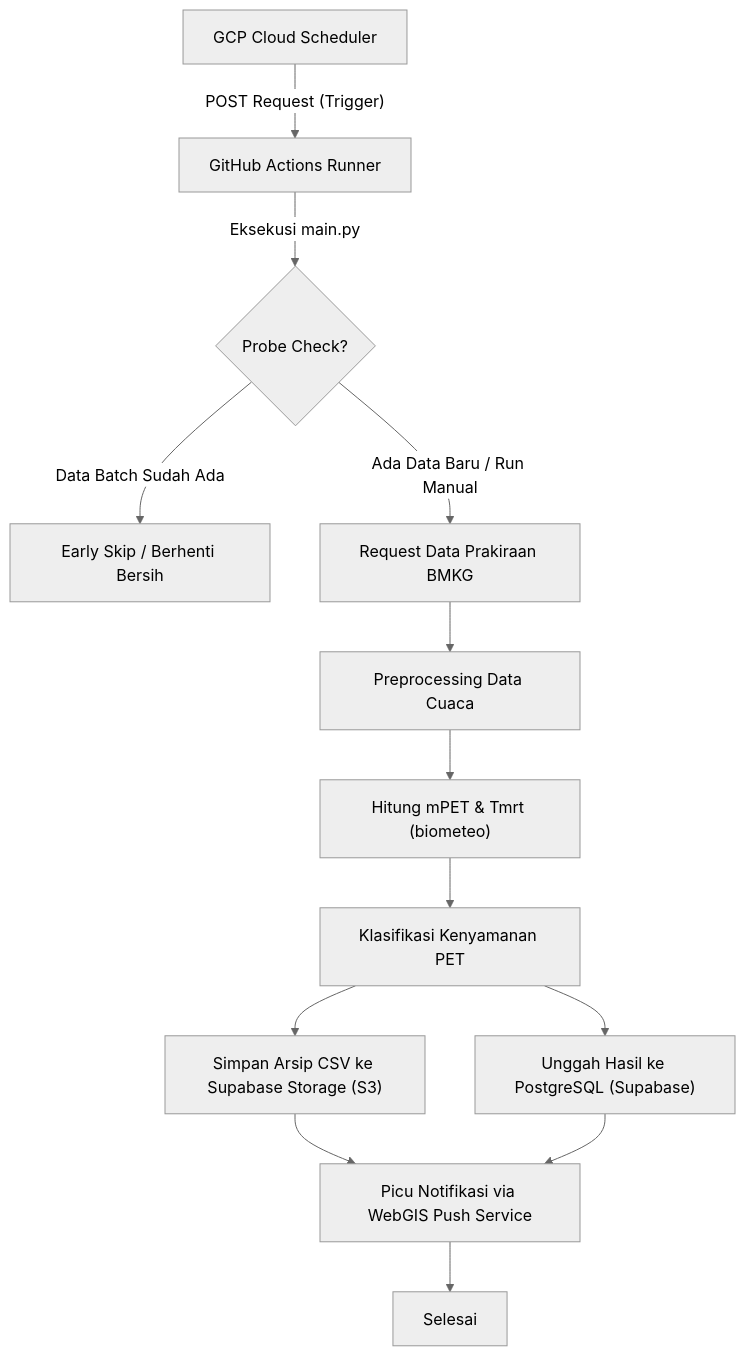
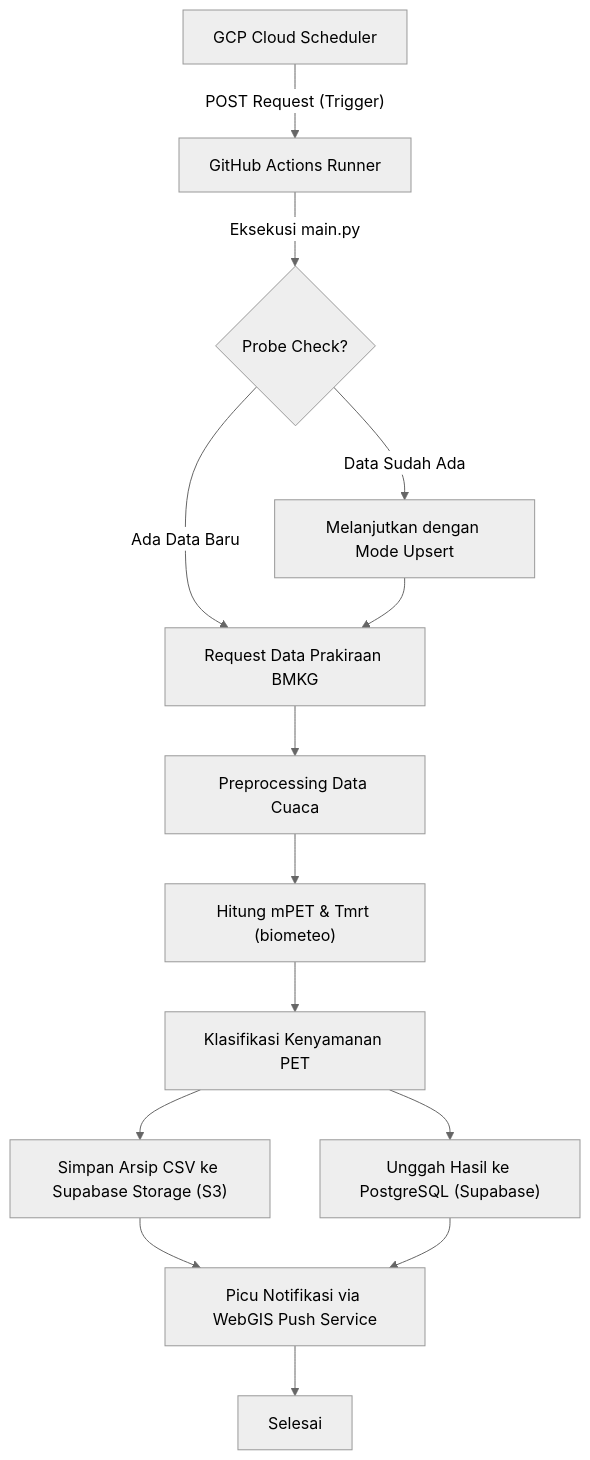
One commit to amymeij22/bali-pet-pipeline changed the diagram in README.md. Above: the diagram before and after it, drawn with Mermaid (neutral theme). The commit also changed other lines of this file, not shown here.

Commit message:
docs(action): update README to align probe check description with code upsert behavior

````diff
--- a/README.md
+++ b/README.md
@@ -36,15 +36,16 @@
 ```mermaid
 graph TD
     A[GCP Cloud Scheduler] -- "POST Request (Trigger)" --> B[GitHub Actions Runner]
     B -- "Eksekusi main.py" --> C{Probe Check?}
-    C -- "Data Batch Sudah Ada" --> D[Early Skip / Berhenti Bersih]
-    C -- "Ada Data Baru / Run Manual" --> E[Request Data Prakiraan BMKG]
+    C -- "Data Sudah Ada" --> D[Melanjutkan dengan Mode Upsert]
+    C -- "Ada Data Baru" --> E[Request Data Prakiraan BMKG]
+    D --> E
     E --> F[Preprocessing Data Cuaca]
     F --> G["Hitung mPET & Tmrt (biometeo)"]
     G --> H[Klasifikasi Kenyamanan PET]
     H --> I["Simpan Arsip CSV ke Supabase Storage (S3)"]
     H --> J["Unggah Hasil ke PostgreSQL (Supabase)"]
     I --> K["Picu Notifikasi via WebGIS Push Service"]
     J --> K
     K --> L[Selesai]
 ```
````
